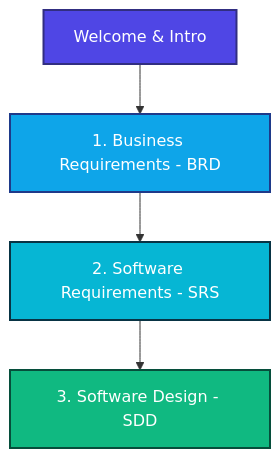
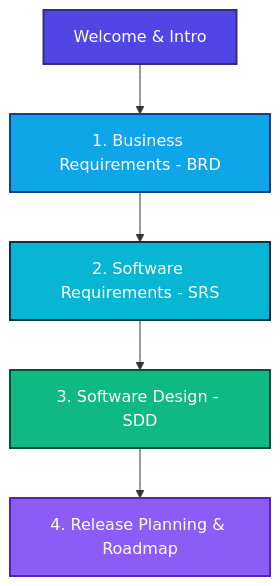
One commit to Sir-Derryk/ude-design-docs changed the diagram in docs/intro.mdx. Above: the diagram before and after it, drawn with Mermaid. The commit also changed other lines of this file and 14 other files, not shown here.

Commit message:
feat: restructure specifications into a tree and add release planning roadmap v0.1

````diff
--- a/docs/intro.mdx
+++ b/docs/intro.mdx
@@ -14,11 +20,13 @@
 ```mermaid
 graph TD
     A[Welcome & Intro] --> B[1. Business Requirements - BRD]
     B --> C[2. Software Requirements - SRS]
     C --> D[3. Software Design - SDD]
+    D --> E[4. Release Planning & Roadmap]
     
     style A fill:#4f46e5,stroke:#312e81,stroke-width:2px,color:#fff
     style B fill:#0ea5e9,stroke:#1e3a8a,stroke-width:2px,color:#fff
     style C fill:#06b6d4,stroke:#083344,stroke-width:2px,color:#fff
     style D fill:#10b981,stroke:#064e3b,stroke-width:2px,color:#fff
+    style E fill:#8b5cf6,stroke:#5b21b6,stroke-width:2px,color:#fff
 ```
````
